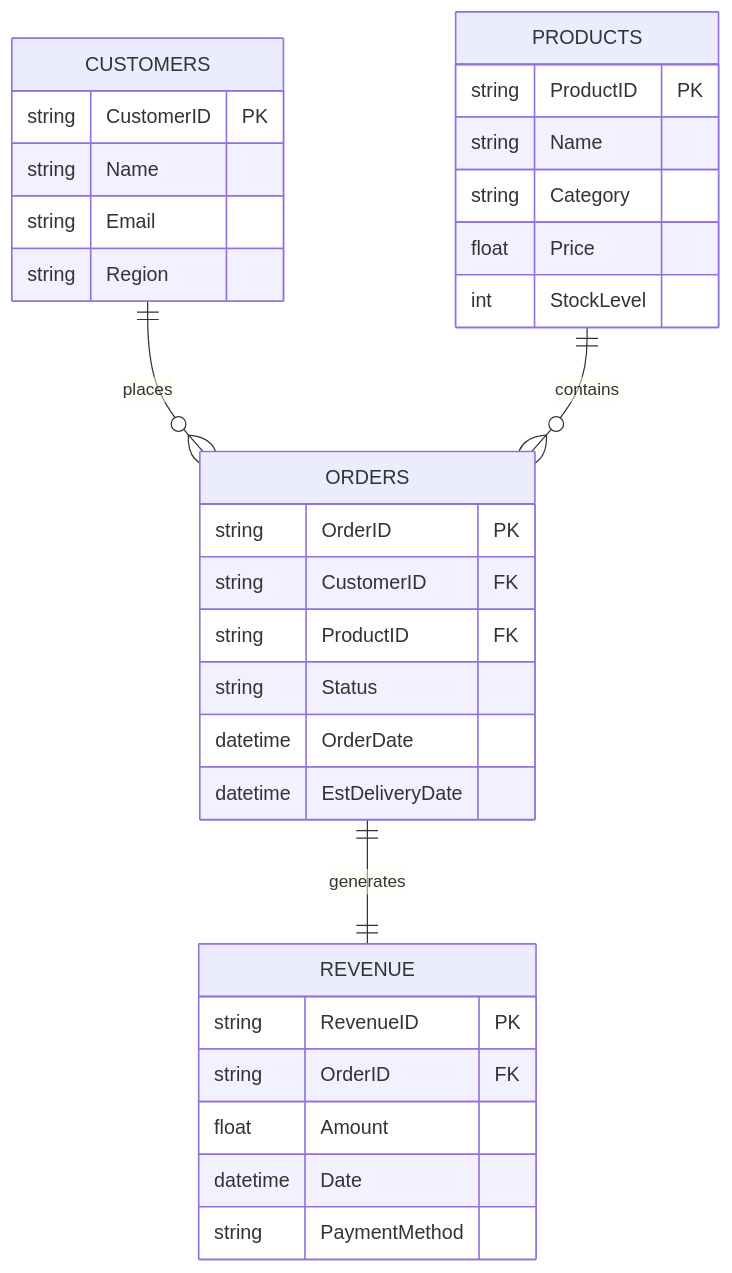
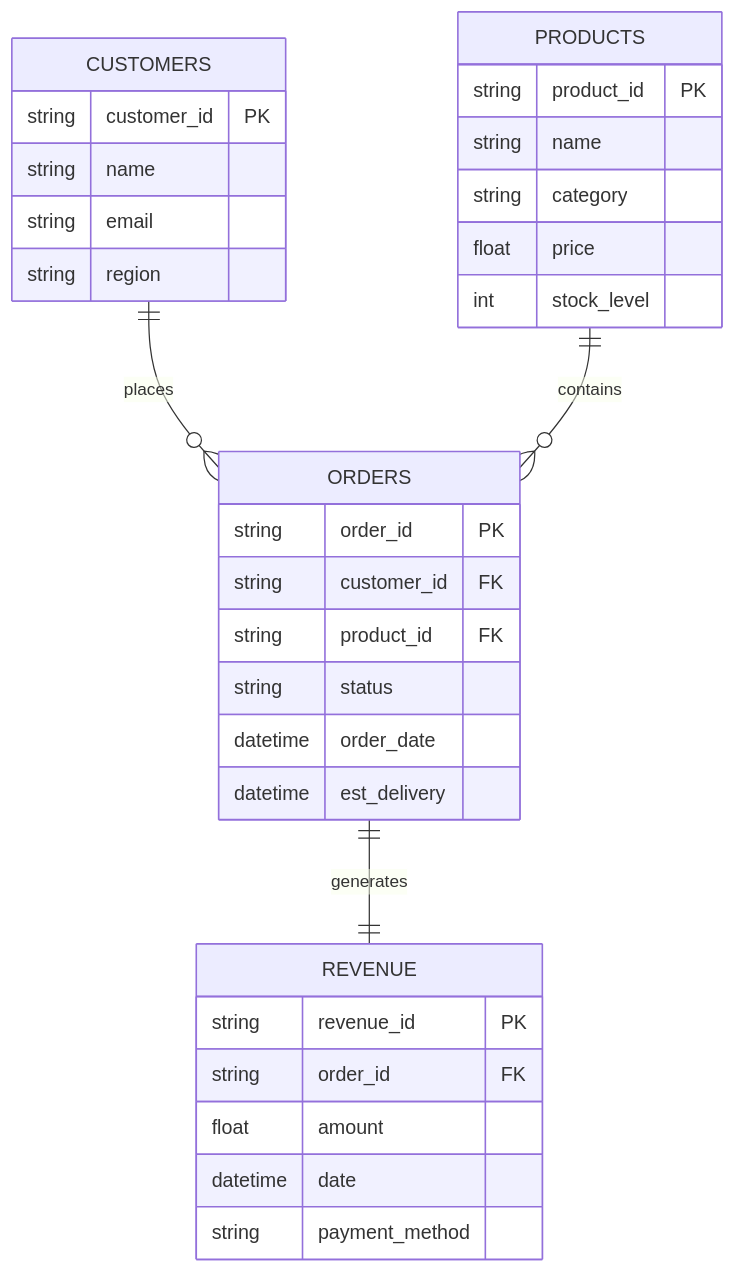
The diagram in README.md (Quackcoder14/ABI_Firestore), drawn with Mermaid before and after one commit. The commit also changed other lines of this file, not shown here.

Commit message:
Revise README with updates and removals
Updated Conversational AI version and removed Anomaly Detection System section. Modified file structure and author information.

````diff
--- a/README.md
+++ b/README.md
@@ -283,38 +276,38 @@
 ```mermaid
 erDiagram
     CUSTOMERS ||--o{ ORDERS : places
     PRODUCTS ||--o{ ORDERS : contains
     ORDERS ||--|| REVENUE : generates
     
     CUSTOMERS {
-        string CustomerID PK
-        string Name
-        string Email
-        string Region
+        string customer_id PK
+        string name
+        string email
+        string region
     }
     
     ORDERS {
-        string OrderID PK
-        string CustomerID FK
-        string ProductID FK
-        string Status
-        datetime OrderDate
-        datetime EstDeliveryDate
+        string order_id PK
+        string customer_id FK
+        string product_id FK
+        string status
+        datetime order_date
+        datetime est_delivery
     }
     
     PRODUCTS {
-        string ProductID PK
-        string Name
-        string Category
-        float Price
-        int StockLevel
+        string product_id PK
+        string name
+        string category
+        float price
+        int stock_level
     }
     
     REVENUE {
-        string RevenueID PK
-        string OrderID FK
-        float Amount
-        datetime Date
-        string PaymentMethod
+        string revenue_id PK
+        string order_id FK
+        float amount
+        datetime date
+        string payment_method
     }
 ```
````
